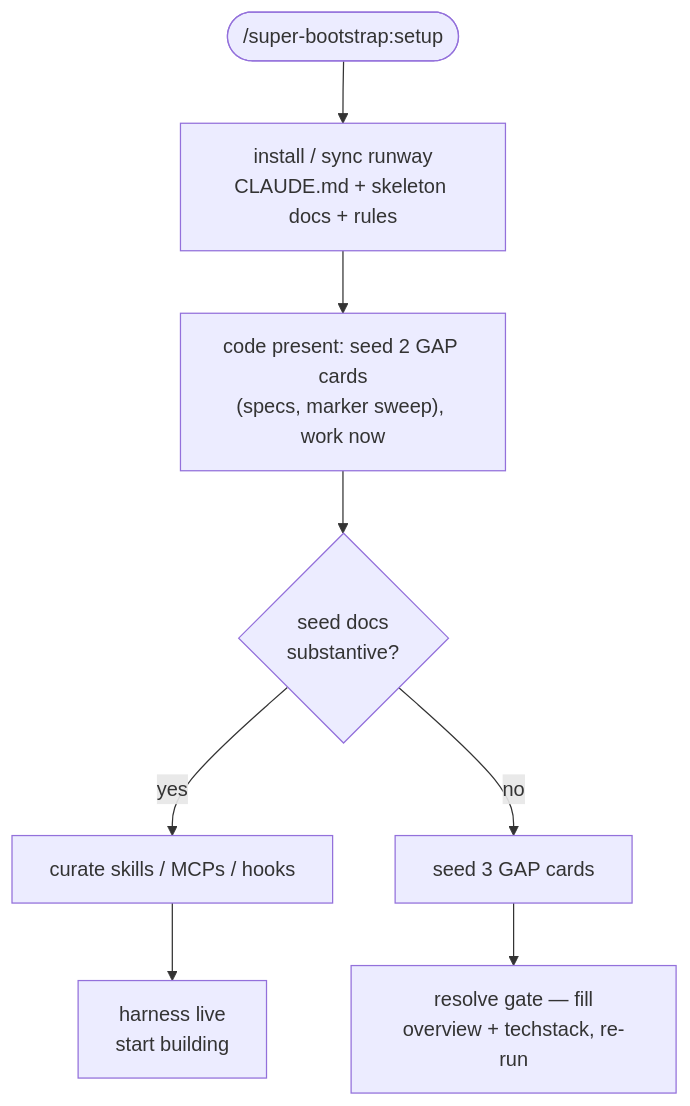
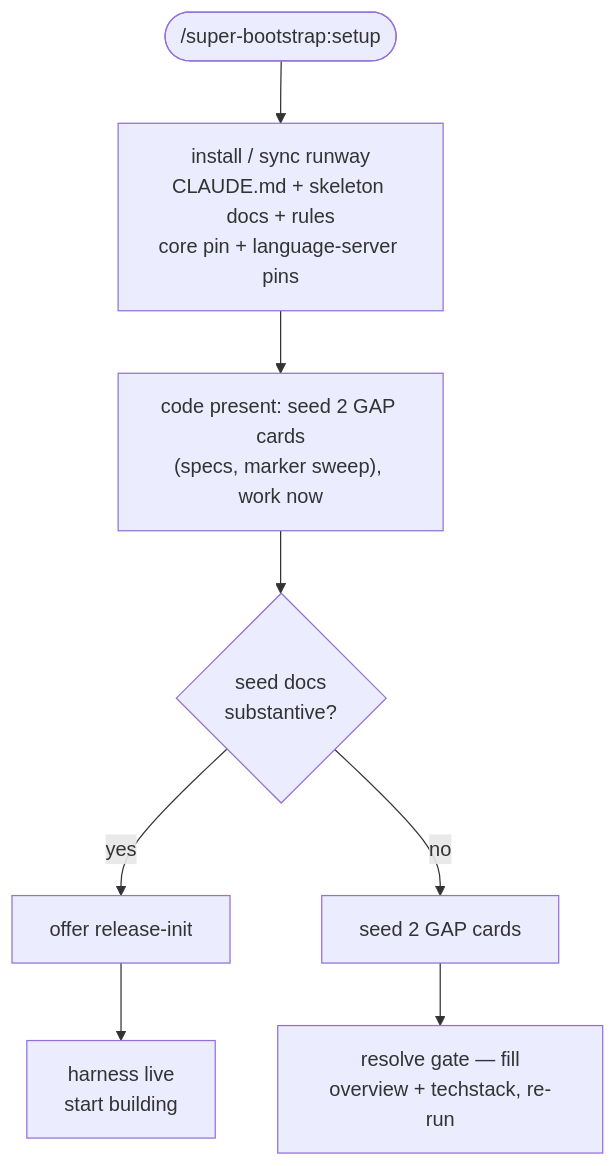
Before and after one commit to RockyHong/super-bootstrap: the diagram in README.md, drawn with Mermaid. The commit also changed other lines of this file and 54 other files, not shown here.

First line of the commit message:
refactor!: retire resolve-plugins; pin the techstack's language server

````diff
--- a/README.md
+++ b/README.md
@@ -51,11 +51,11 @@
 ```mermaid
 flowchart TD
     entry(["/super-bootstrap:setup"])
-    entry --> runway["install / sync runway<br/>CLAUDE.md + skeleton docs + rules"]
+    entry --> runway["install / sync runway<br/>CLAUDE.md + skeleton docs + rules<br/>core pin + language-server pins"]
     runway --> code["code present: seed 2 GAP cards<br/>(specs, marker sweep), work now"]
     code --> gate{"seed docs<br/>substantive?"}
-    gate -->|yes| curate["curate skills / MCPs / hooks"]
-    gate -->|no| cards["seed 3 GAP cards"]
+    gate -->|yes| offer["offer release-init"]
+    gate -->|no| cards["seed 2 GAP cards"]
     cards --> hold["resolve gate — fill<br/>overview + techstack, re-run"]
-    curate --> done["harness live<br/>start building"]
+    offer --> done["harness live<br/>start building"]
 ```
````
